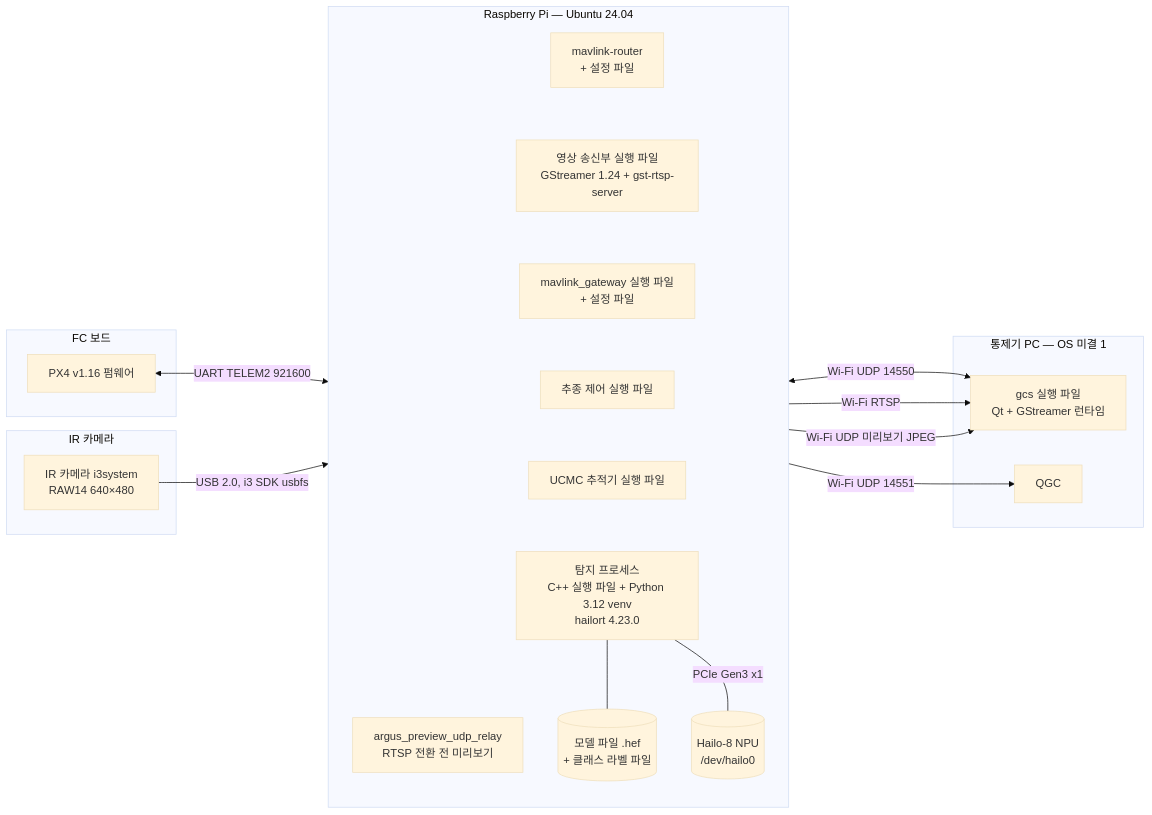
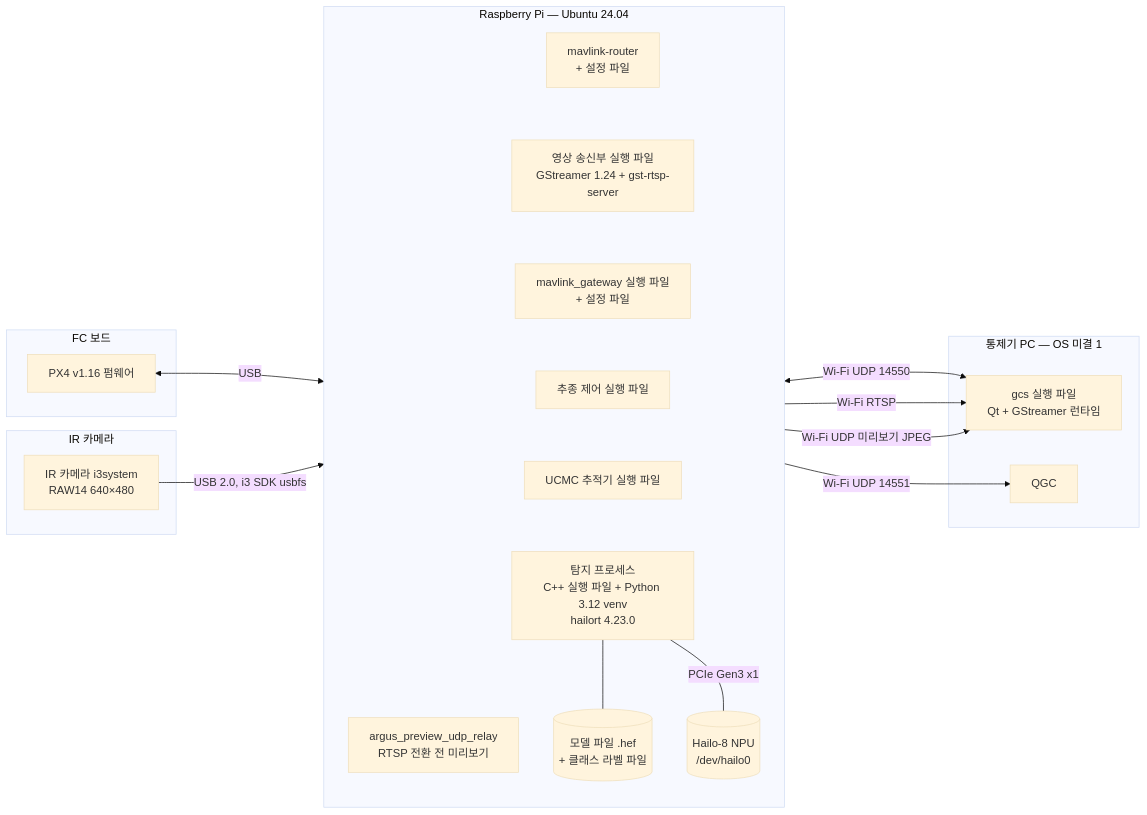
Before and after one commit to lig-argus/argus-edge-vision: the diagram in docs/design/uml/deployment.md, drawn with Mermaid (base theme). The commit also changed other lines of this file and 5 other files, not shown here.

First line of the commit message:
docs: FC 와 임무 컴퓨터의 연결을 UART 에서 USB 로 변경 (#87)

````diff
--- a/docs/design/uml/deployment.md
+++ b/docs/design/uml/deployment.md
@@ -9,34 +9,34 @@
 ```mermaid
 flowchart LR
     subgraph fc_node [FC 보드]
         px4[PX4 v1.16 펌웨어]
     end
     subgraph cam_node [IR 카메라]
         ir[IR 카메라 i3system<br/>RAW14 640×480]
     end
     subgraph rpi_node [Raspberry Pi — Ubuntu 24.04]
         direction TB
         router[mavlink-router<br/>+ 설정 파일]
         vtx[영상 송신부 실행 파일<br/>GStreamer 1.24 + gst-rtsp-server]
         mavlink_gateway[mavlink_gateway 실행 파일<br/>+ 설정 파일]
         follow[추종 제어 실행 파일]
         tracker[UCMC 추적기 실행 파일]
         vision[탐지 프로세스<br/>C++ 실행 파일 + Python 3.12 venv<br/>hailort 4.23.0]
         relay[argus_preview_udp_relay<br/>RTSP 전환 전 미리보기]
         model[(모델 파일 .hef<br/>+ 클래스 라벨 파일)]
         npu[(Hailo-8 NPU<br/>/dev/hailo0)]
         router ~~~ vtx ~~~ mavlink_gateway ~~~ follow ~~~ tracker ~~~ vision ~~~ relay
     end
     subgraph gcs_node [통제기 PC — OS 미결 1]
         gcs[gcs 실행 파일<br/>Qt + GStreamer 런타임]
         qgc[QGC]
     end
-    px4 <-->|UART TELEM2 921600| router
+    px4 <-->|USB| router
     router <-->|Wi-Fi UDP 14550| gcs
     router -->|Wi-Fi UDP 14551| qgc
     vtx -->|Wi-Fi RTSP| gcs
     ir -->|USB 2.0, i3 SDK usbfs| vision
     vision --- model
     vision ---|PCIe Gen3 x1| npu
     relay -->|Wi-Fi UDP 미리보기 JPEG| gcs
 ```
````
